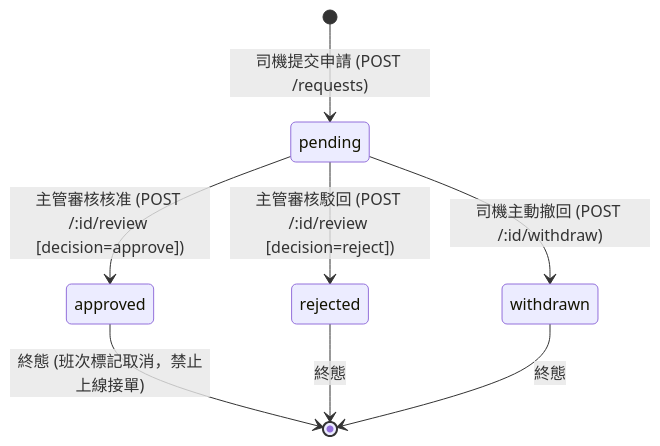
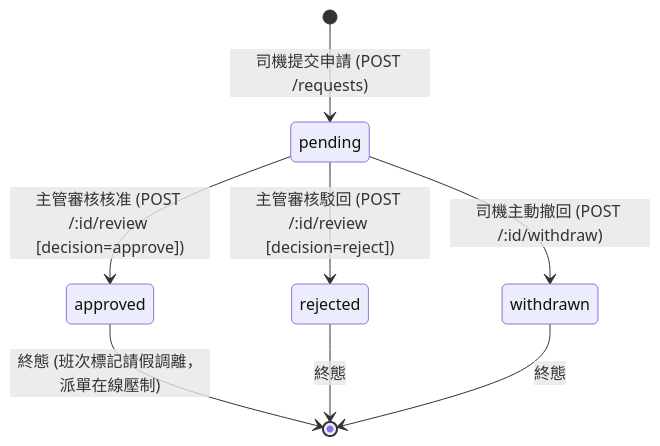
One commit to ajoe734/drts-fleet-platform changed the first of 2 diagrams in docs/04-uat/system-remediation-20260906/feature-contracts.md. Above: the diagram before and after it, drawn with Mermaid. The commit also changed other lines of this file and 2 other files, not shown here.

````diff
--- a/docs/04-uat/system-remediation-20260906/feature-contracts.md
+++ b/docs/04-uat/system-remediation-20260906/feature-contracts.md
@@ -55,10 +86,10 @@
 ```mermaid
 stateDiagram-v2
     [*] --> pending : 司機提交申請 (POST /requests)
     pending --> withdrawn : 司機主動撤回 (POST /:id/withdraw)
     pending --> approved : 主管審核核准 (POST /:id/review [decision=approve])
     pending --> rejected : 主管審核駁回 (POST /:id/review [decision=reject])
-    approved --> [*] : 終態 (班次標記取消，禁止上線接單)
+    approved --> [*] : 終態 (班次標記請假調離，派單在線壓制)
     rejected --> [*] : 終態
     withdrawn --> [*] : 終態
 ```
````
